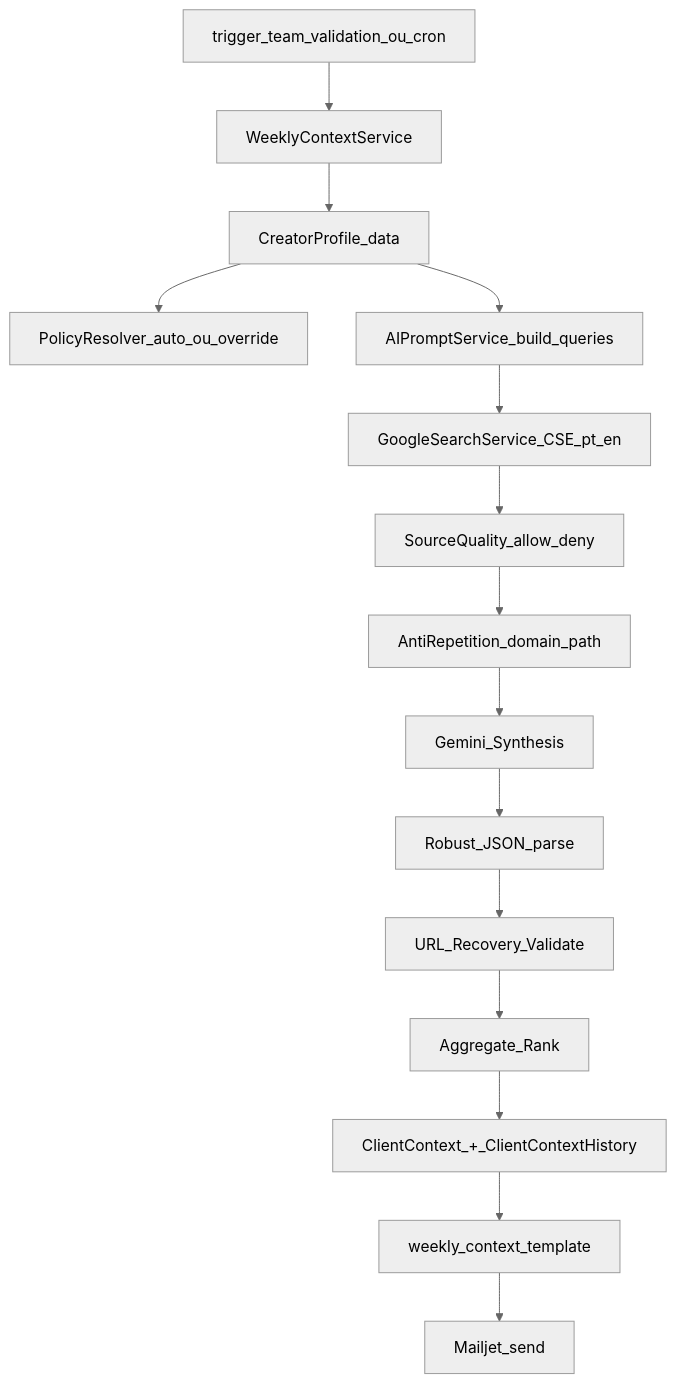
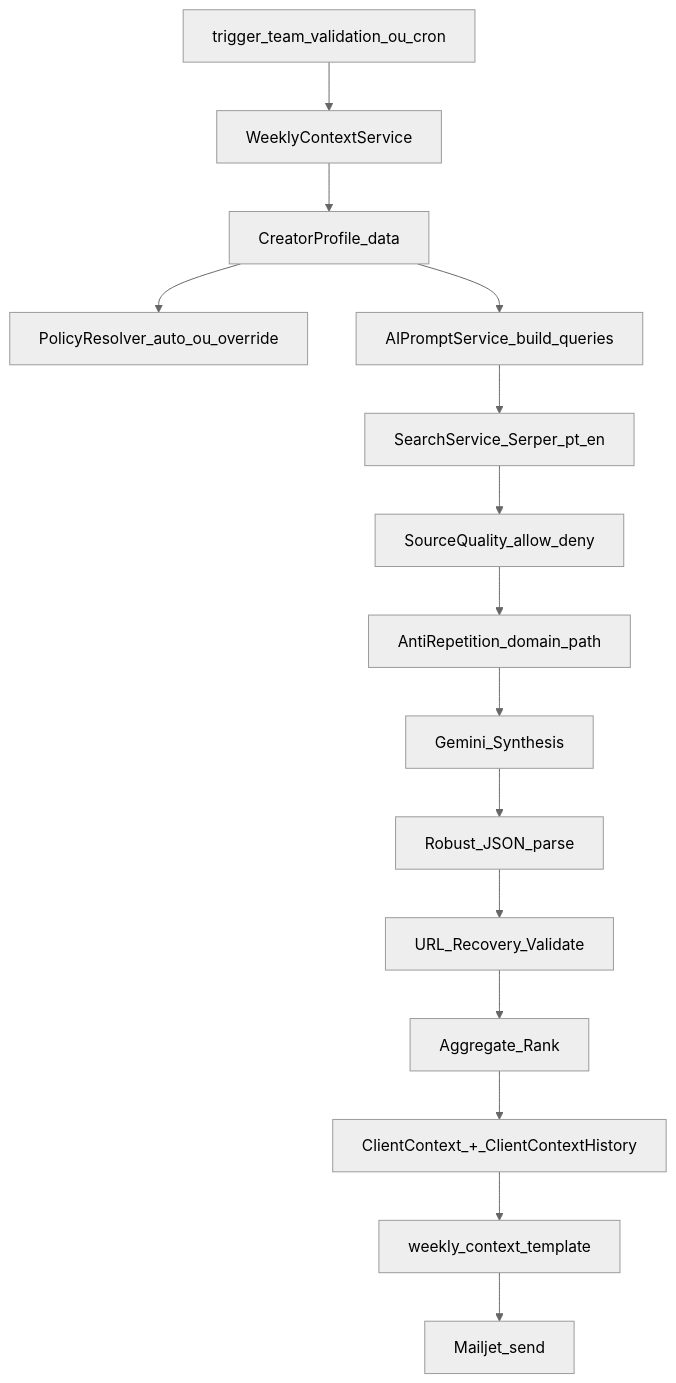
Before and after one commit to PostNow-AI/PostNow-REST-API: the diagram in docs/WEEKLY_CONTEXT_ARCHITECTURE.md, drawn with Mermaid (neutral theme). The commit also changed other lines of this file and 1 other file, not shown here.

First line of the commit message:
fix: criar trends_discovery_service e atualizar docs para Serper

````diff
--- a/docs/WEEKLY_CONTEXT_ARCHITECTURE.md
+++ b/docs/WEEKLY_CONTEXT_ARCHITECTURE.md
@@ -12,17 +12,17 @@
 ```mermaid
 flowchart TD
   Trigger[trigger_team_validation_ou_cron] --> Service[WeeklyContextService]
   Service --> Profile[CreatorProfile_data]
   Profile --> Policy[PolicyResolver_auto_ou_override]
   Profile --> Queries[AIPromptService_build_queries]
-  Queries --> Search[GoogleSearchService_CSE_pt_en]
+  Queries --> Search[SearchService_Serper_pt_en]
   Search --> Quality[SourceQuality_allow_deny]
   Quality --> Dedupe[AntiRepetition_domain_path]
   Dedupe --> Synthesis[Gemini_Synthesis]
   Synthesis --> Parse[Robust_JSON_parse]
   Parse --> Recover[URL_Recovery_Validate]
   Recover --> Rank[Aggregate_Rank]
   Rank --> Persist[ClientContext_+_ClientContextHistory]
   Persist --> Email[weekly_context_template]
   Email --> Mailjet[Mailjet_send]
 ```
````
